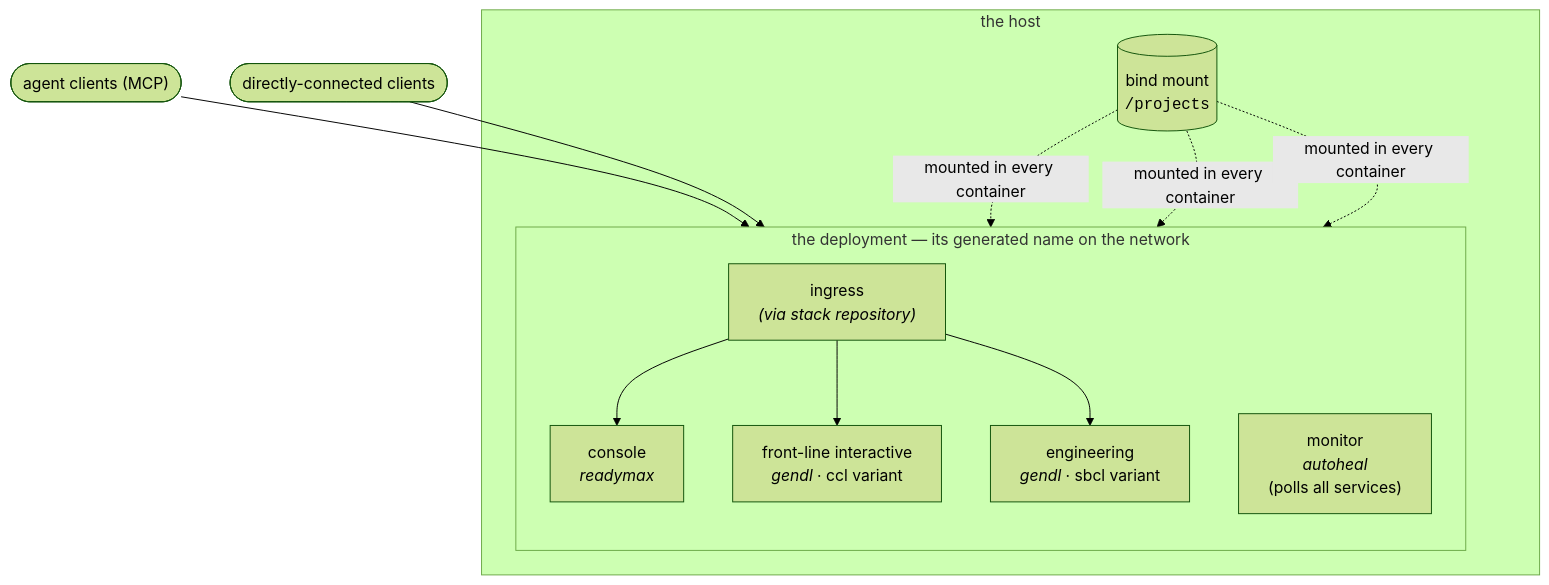
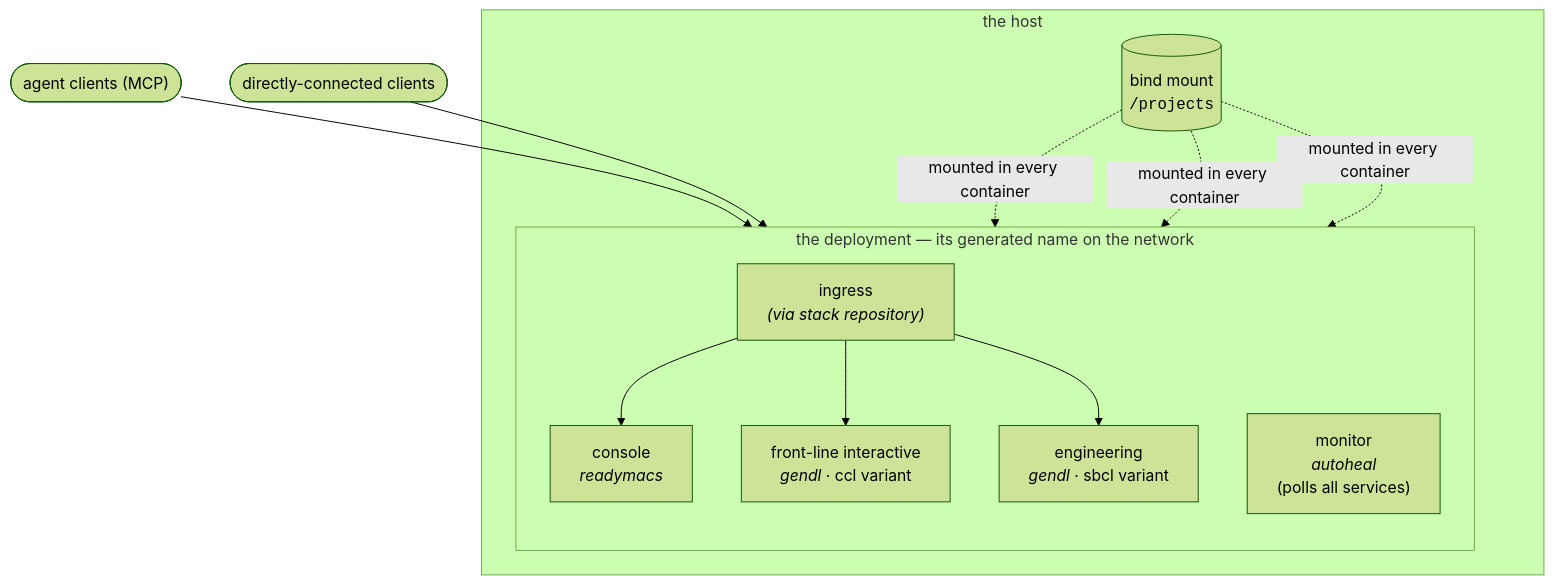
Before and after one commit to genworks/basalt: the second of 2 diagrams in BASALT.md, drawn with Mermaid (forest theme). The commit also changed other lines of this file and 4 other files, not shown here.

First line of the commit message:
console: readymacs is the default image

````diff
--- a/BASALT.md
+++ b/BASALT.md
@@ -132,18 +132,18 @@
 ```mermaid
 flowchart TB
     subgraph host["the host"]
       subgraph deployment["the deployment — its generated name on the network"]
         direction TB
-        CON["console<br/><i>readymax</i>"]
+        CON["console<br/><i>readymacs</i>"]
         FLI["front-line interactive<br/><i>gendl</i> · ccl variant"]
         ENG["engineering<br/><i>gendl</i> · sbcl variant"]
         MON["monitor<br/><i>autoheal</i><br/>(polls all services)"]
         ING["ingress<br/><i>(via stack repository)</i>"]
       end
       SHELF[("bind mount<br/><code>/projects</code>")]
     end
     P(["agent clients (MCP)"]) --> CON
     G(["directly-connected clients"]) --> ING
     ING --> CON & FLI & ENG
     SHELF -.mounted in every container.-> CON & FLI & ENG
 ```
````
